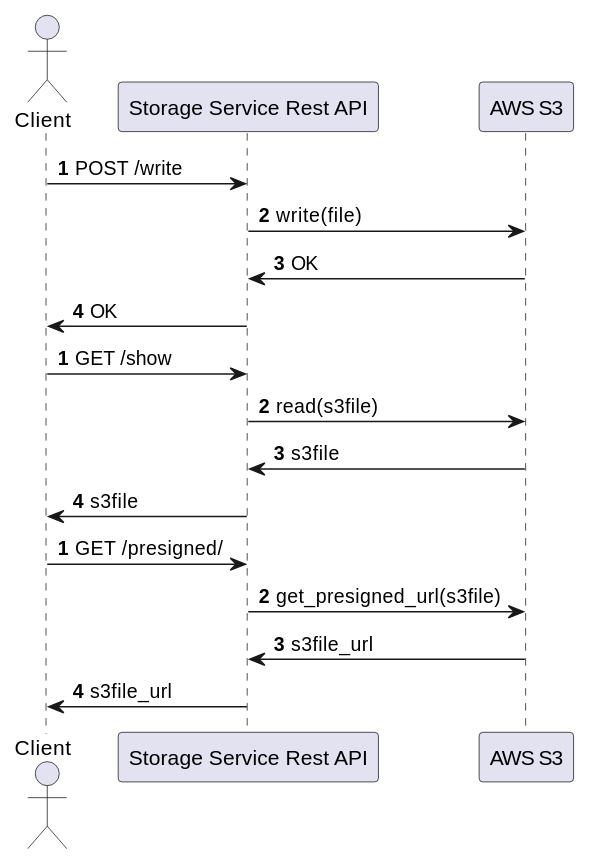
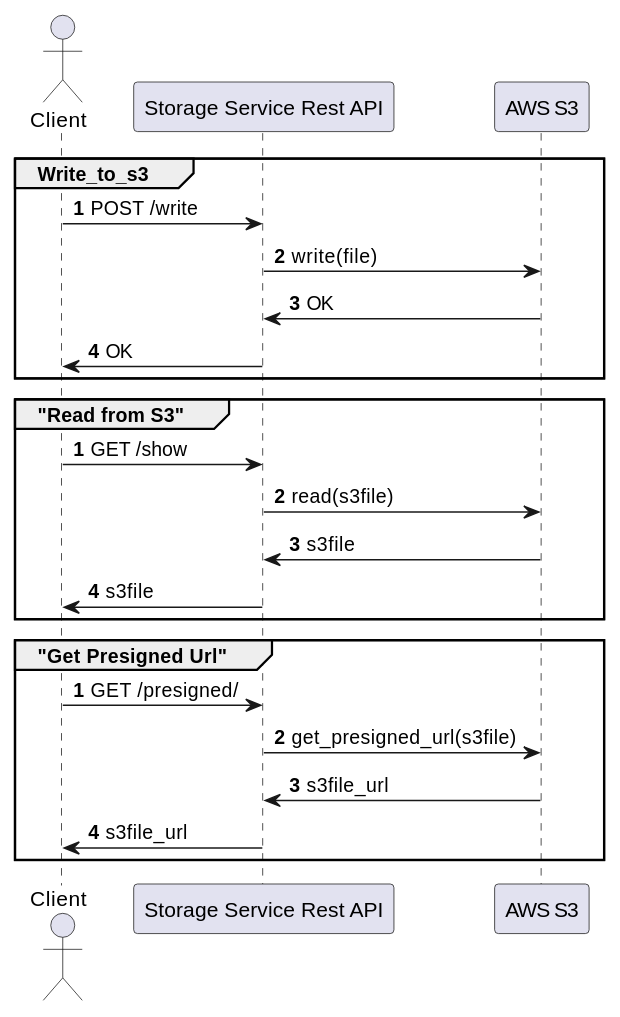
One commit to adetola-adewodu/storage-service changed the diagram in README.md. Above: the diagram before and after it, drawn with PlantUML. The commit also changed 1 other file, not shown here.

Commit message:
Added groups to the diagram

```diff
--- a/README.md
+++ b/README.md
@@ -35,27 +35,31 @@
     @startuml StorageServiceDiagram
 
     actor Client
 
+    group Write_to_s3
     autonumber
 
     Client -> "Storage Service Rest API": POST /write
     "Storage Service Rest API" -> "AWS S3": write(file)
     "AWS S3" -> "Storage Service Rest API": OK
     "Storage Service Rest API" -> Client: OK
+    end
 
     autonumber
 
+    group "Read from S3"
     Client -> "Storage Service Rest API": GET /show
     "Storage Service Rest API" ->  "AWS S3": read(s3file)
     "AWS S3" -> "Storage Service Rest API": s3file
     "Storage Service Rest API" -> Client: s3file
+    end
 
     autonumber
-
+    group "Get Presigned Url"
     Client -> "Storage Service Rest API": GET /presigned/
     "Storage Service Rest API" ->  "AWS S3": get_presigned_url(s3file)
     "AWS S3" -> "Storage Service Rest API": s3file_url
     "Storage Service Rest API" -> Client: s3file_url
-    
+    end
 
     @enduml
```
